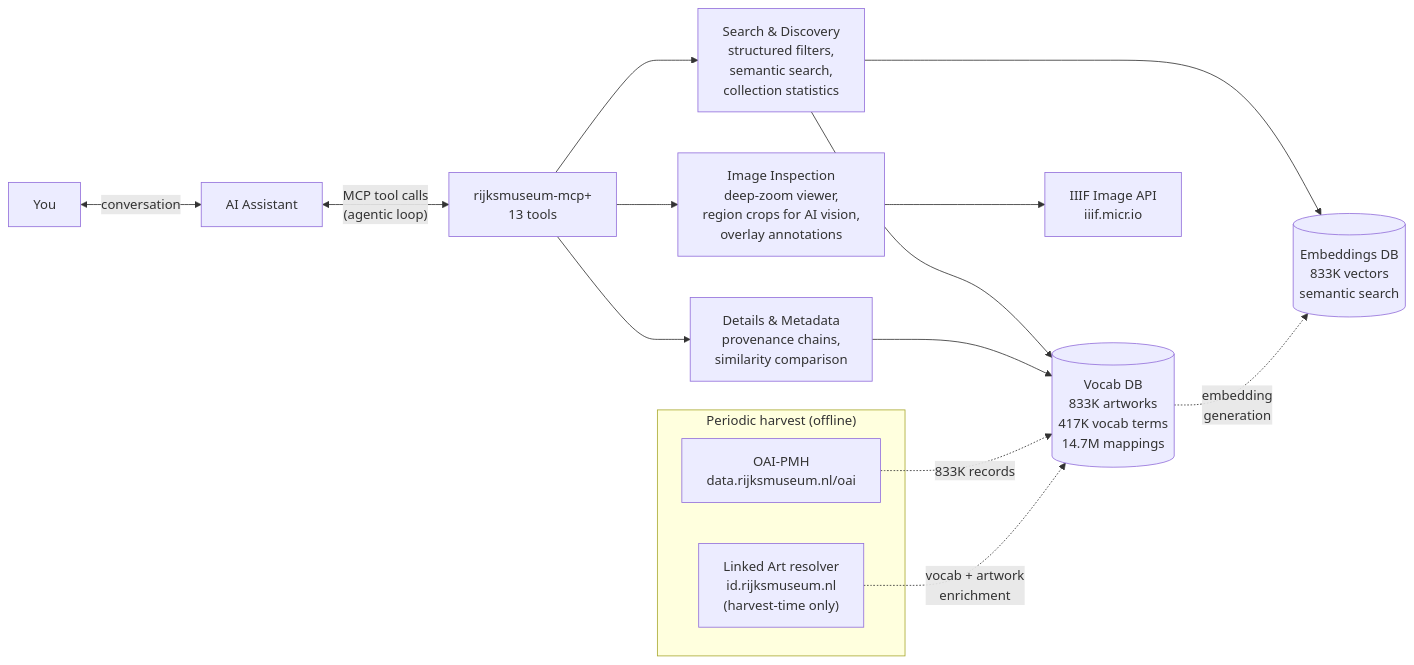
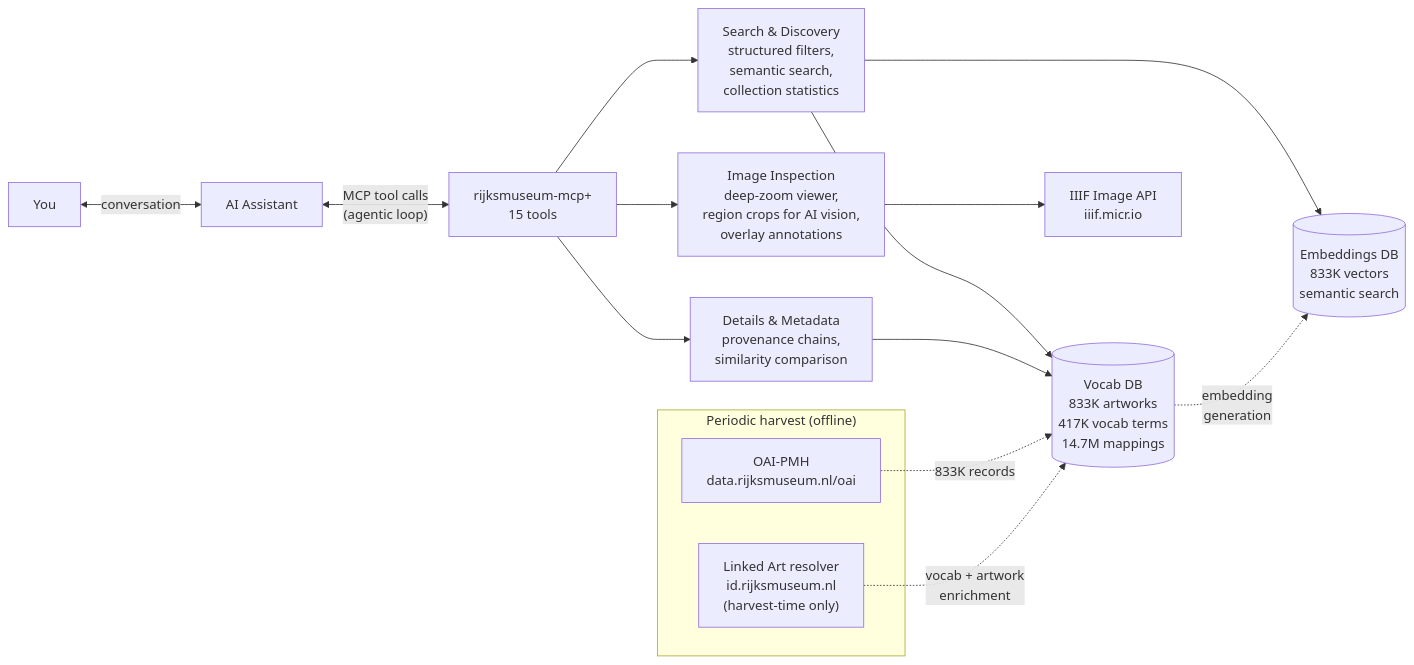
One commit to kintopp/rijksmuseum-mcp-plus changed the diagram in README.md. Above: the diagram before and after it, drawn with Mermaid. The commit also changed other lines of this file and 5 other files, not shown here.

````diff
--- a/README.md
+++ b/README.md
@@ -103,46 +103,46 @@
 ```mermaid
 flowchart LR
     User["You"] <-->|conversation| AI["AI Assistant"]
 
     AI <-->|"MCP tool calls
     (agentic loop)"| Server["rijksmuseum-mcp+
-    13 tools"]
+    15 tools"]
 
     Server --> Search["Search & Discovery
     structured filters,
     semantic search,
     collection statistics"]
 
     Server --> Details["Details & Metadata
     provenance chains,
     similarity comparison"]
 
     Server --> Images["Image Inspection
     deep-zoom viewer,
     region crops for AI vision,
     overlay annotations"]
 
     Search --> VocabDB[("Vocab DB
     833K artworks
     417K vocab terms
     14.7M mappings")]
     Search --> EmbeddingsDB[("Embeddings DB
     833K vectors
     semantic search")]
     Details --> VocabDB
     Images --> IIIF["IIIF Image API
     iiif.micr.io"]
 
     subgraph Harvest ["Periodic harvest (offline)"]
         OAI["OAI-PMH
         data.rijksmuseum.nl/oai"]
         LA["Linked Art resolver
         id.rijksmuseum.nl
         (harvest-time only)"]
     end
     OAI -.->|"833K records"| VocabDB
     LA -.->|"vocab + artwork
     enrichment"| VocabDB
     VocabDB -.->|"embedding
     generation"| EmbeddingsDB
 ```
````
